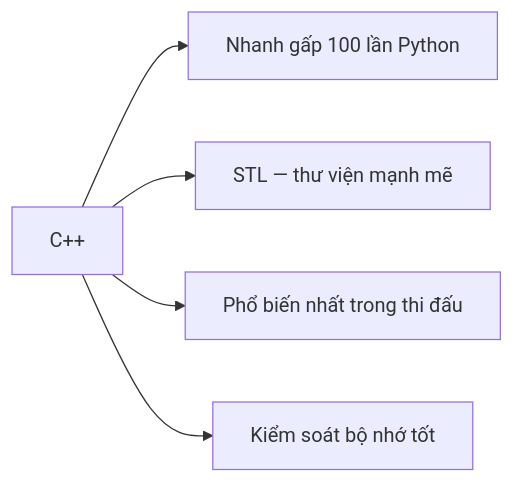
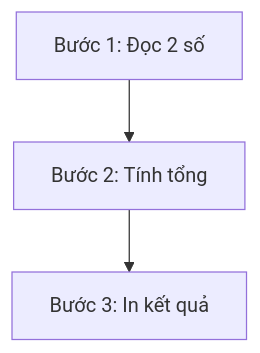
One commit to FPTOJ-OJ/fptoj_wiki changed the third of 4 diagrams in docs/coding/cpp/C01-tai-sao-cpp.md. Above: the diagram before and after it, drawn with Mermaid. The commit also changed other lines of this file and 151 other files, not shown here.

````diff
--- a/docs/coding/cpp/C01-tai-sao-cpp.md
+++ b/docs/coding/cpp/C01-tai-sao-cpp.md
@@ -21,7 +252,5 @@
 ```mermaid
-flowchart LR
-    A["C++"] --> B["Nhanh gấp 100 lần Python"]
-    A --> C["STL — thư viện mạnh mẽ"]
-    A --> D["Phổ biến nhất trong thi đấu"]
-    A --> E["Kiểm soát bộ nhớ tốt"]
+flowchart TD
+    A["Bước 1: Đọc 2 số"] --> B["Bước 2: Tính tổng"]
+    B --> C["Bước 3: In kết quả"]
 ```
````
